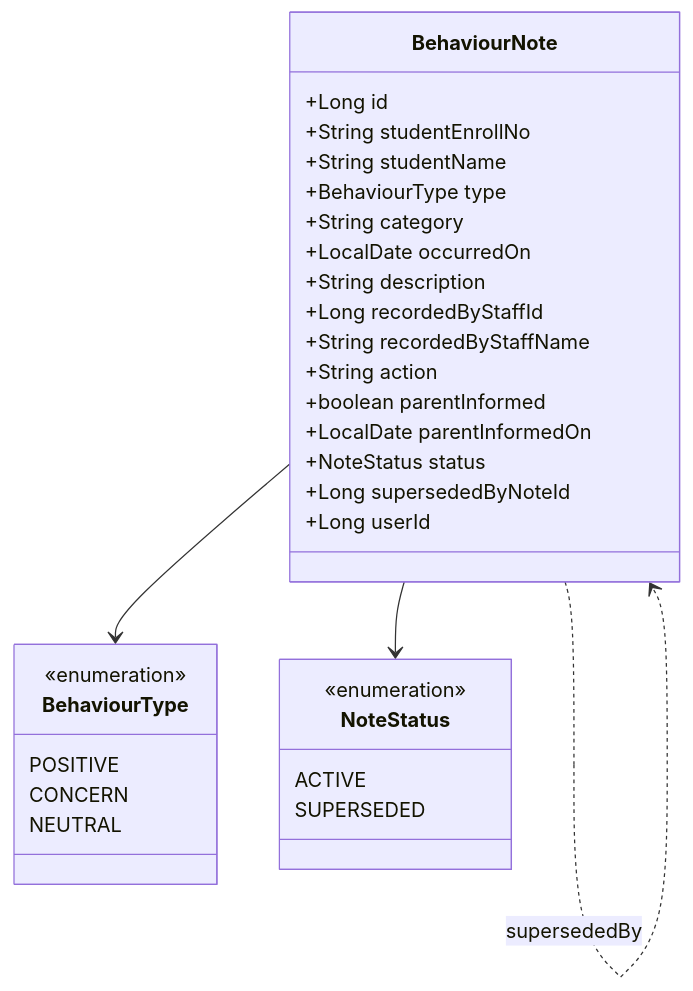
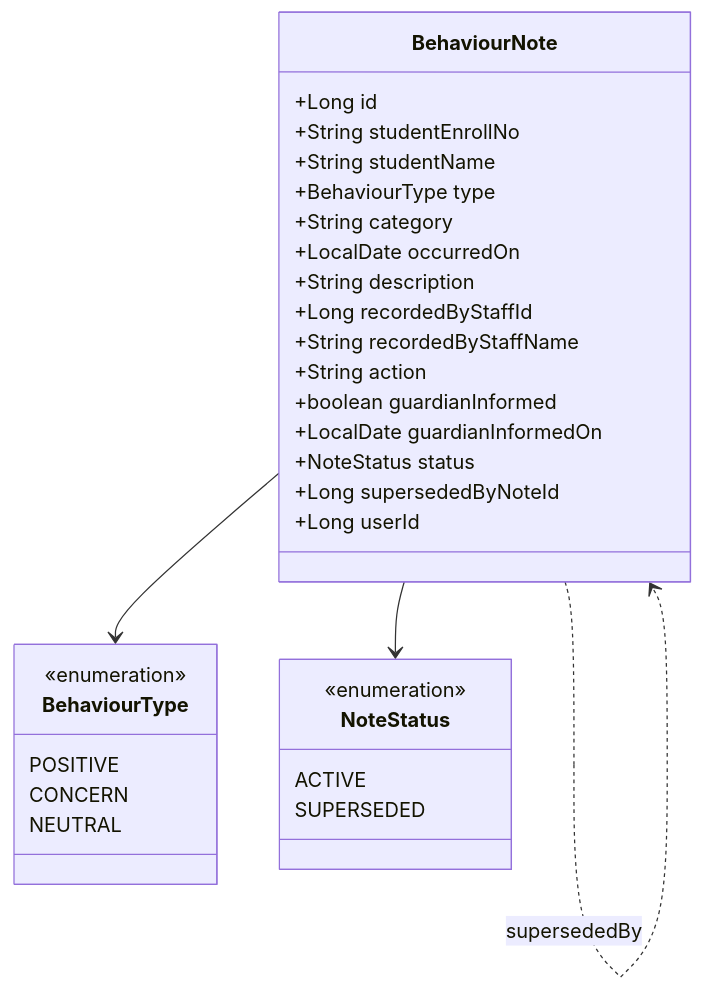
Before and after one commit to ShahidHussainAbbasi/myplus: the second of 3 diagrams in microservices/docs/slices/edu-2.5-discipline-log.md, drawn with Mermaid. The commit also changed other lines of this file and 84 other files, not shown here.

````diff
--- a/microservices/docs/slices/edu-2.5-discipline-log.md
+++ b/microservices/docs/slices/edu-2.5-discipline-log.md
@@ -160,34 +162,34 @@
 ```mermaid
 classDiagram
   class BehaviourNote {
     +Long id
     +String studentEnrollNo
     +String studentName
     +BehaviourType type
     +String category
     +LocalDate occurredOn
     +String description
     +Long recordedByStaffId
     +String recordedByStaffName
     +String action
-    +boolean parentInformed
-    +LocalDate parentInformedOn
+    +boolean guardianInformed
+    +LocalDate guardianInformedOn
     +NoteStatus status
     +Long supersededByNoteId
     +Long userId
   }
   class BehaviourType {
     <<enumeration>>
     POSITIVE
     CONCERN
     NEUTRAL
   }
   class NoteStatus {
     <<enumeration>>
     ACTIVE
     SUPERSEDED
   }
   BehaviourNote --> BehaviourType
   BehaviourNote --> NoteStatus
   BehaviourNote ..> BehaviourNote : supersededBy
 ```
````
